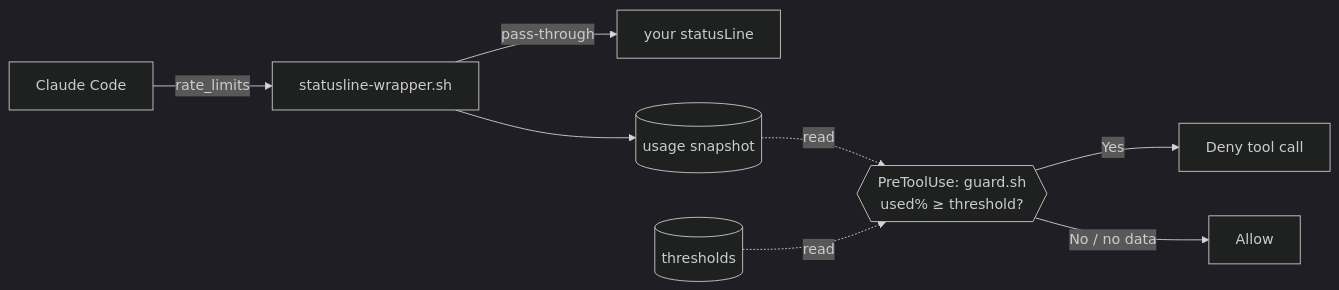
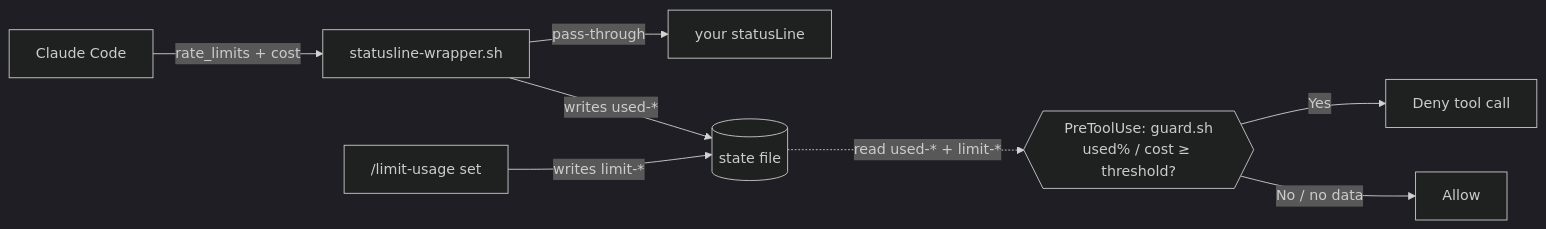
One commit to pokutuna/claude-marketplace changed the diagram in limit-usage/README.md. Above: the diagram before and after it, drawn with Mermaid (dark theme). The commit also changed other lines of this file and 3 other files, not shown here.

First line of the commit message:
docs(limit-usage): cost 軸・統合 conf 対応にドキュメントを刷新

````diff
--- a/limit-usage/README.md
+++ b/limit-usage/README.md
@@ -44,10 +52,10 @@
 ```mermaid
 flowchart LR
-    CC[Claude Code] -->|"rate_limits"| W["statusline-wrapper.sh"]
+    CC[Claude Code] -->|"rate_limits + cost"| W["statusline-wrapper.sh"]
     W -->|pass-through| ORIG[your statusLine]
-    W --> RF[("usage snapshot")]
-    RF -.->|read| G{{"PreToolUse: guard.sh<br>used% ≥ threshold?"}}
-    CONF[("thresholds")] -.->|read| G
+    W -->|"writes used-*"| SF[("state file")]
+    SF -.->|"read used-* + limit-*"| G{{"PreToolUse: guard.sh<br>used% / cost ≥ threshold?"}}
+    SET["/limit-usage set"] -->|"writes limit-*"| SF
     G -- Yes --> DENY[Deny tool call]
     G -- No / no data --> ALLOW[Allow]
 ```
````
